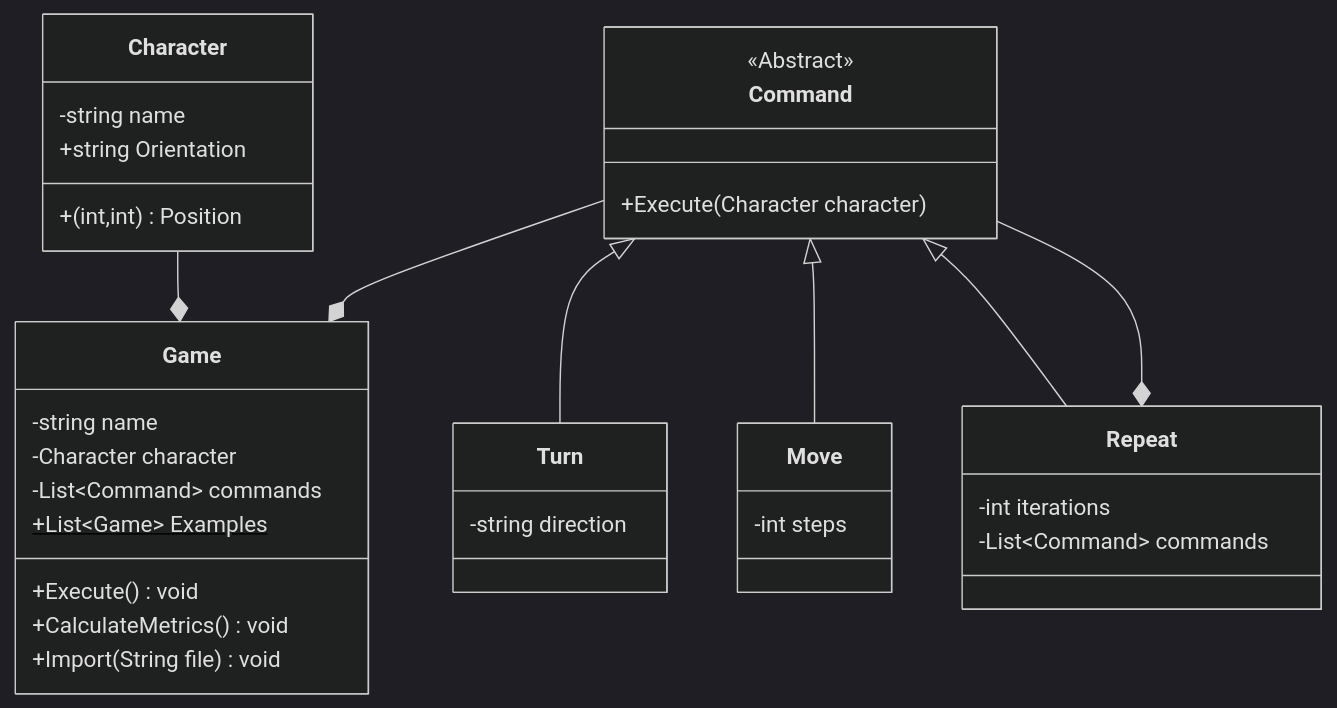
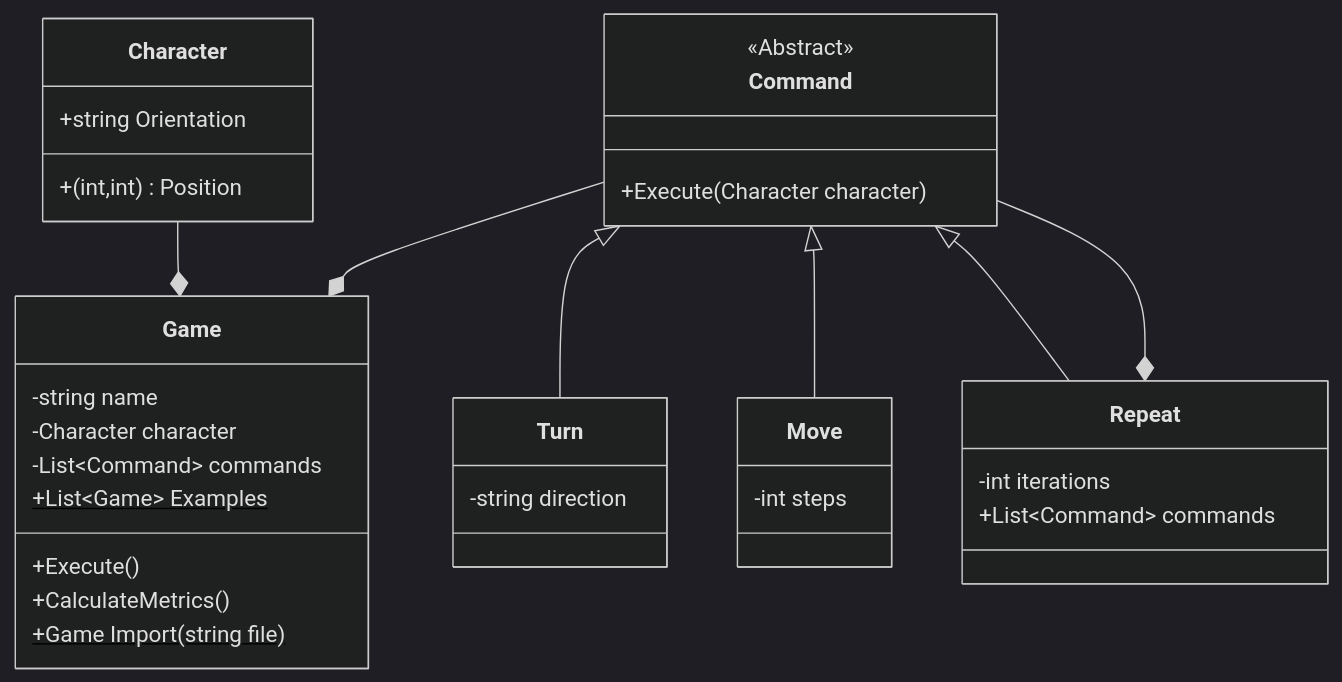
The diagram in docs/class_diagram.md (xxheyhey/MSO-Project-UU), drawn with Mermaid (dark theme) before and after one commit. The commit also changed 3 other files, not shown here.

Commit message:
applied more hints and changed tha class diagram source code

````diff
--- a/docs/class_diagram.md
+++ b/docs/class_diagram.md
@@ -1,38 +1,37 @@
 ```mermaid
 classDiagram
     Command --* Game
     Command <|-- Turn
     Command <|-- Move
     Command <|-- Repeat
     Command --* Repeat
     Character --* Game
 
     class Command{
         <<Abstract>>
         +Execute(Character character)
     }
     class Turn{
         -string direction
     }
     class Move{
         -int steps
     }
     class Repeat{
         -int iterations
-        -List~Command~ commands
+        +List~Command~ commands
     }
     class Character{
-        -string name
         +(int,int) Position
         +string Orientation
     }
     class Game{
         -string name
         -Character character
         -List~Command~ commands
         +List~Game~ Examples$
-        +Execute() void
-        +CalculateMetrics() void
-        +Import(String file) void
+        +Execute()
+        +CalculateMetrics()
+        +Game Import(string file)$
     }
 ```
````
